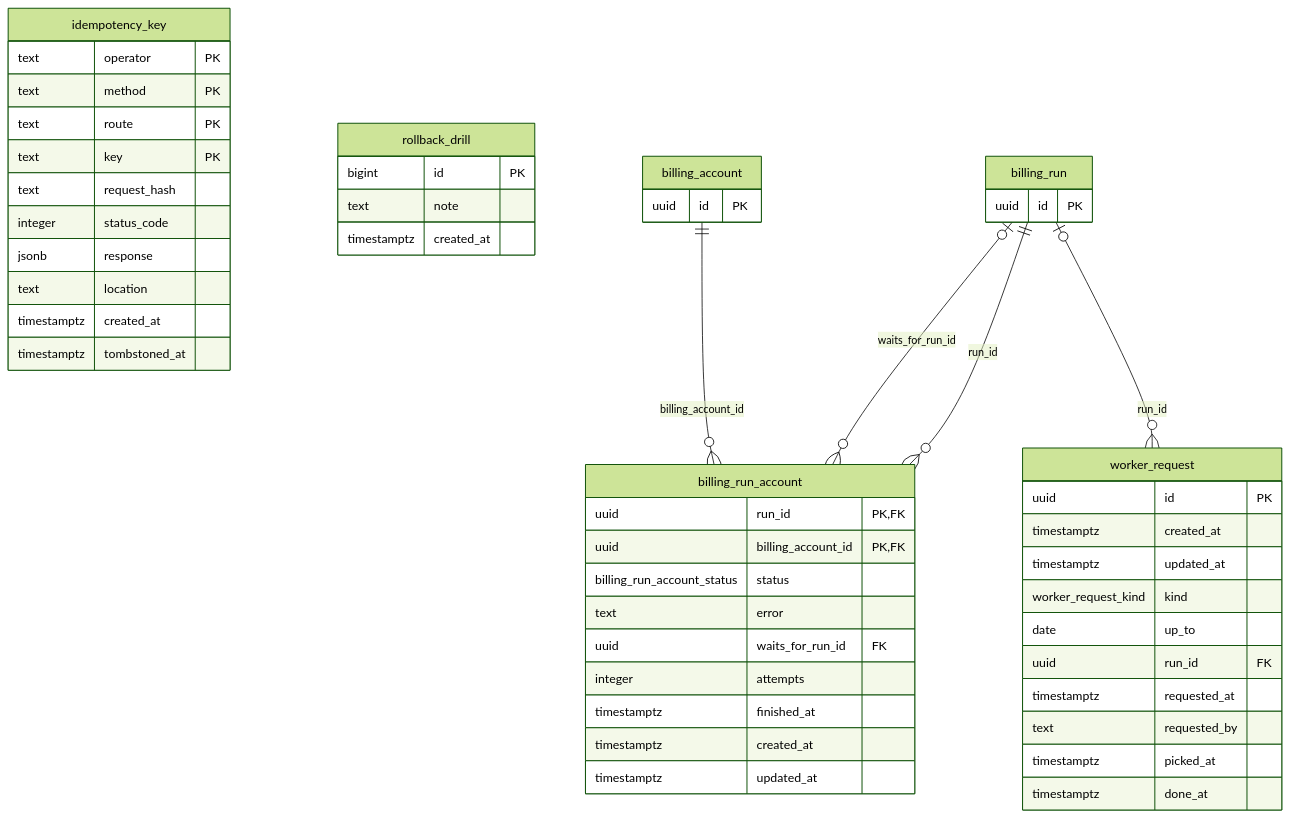
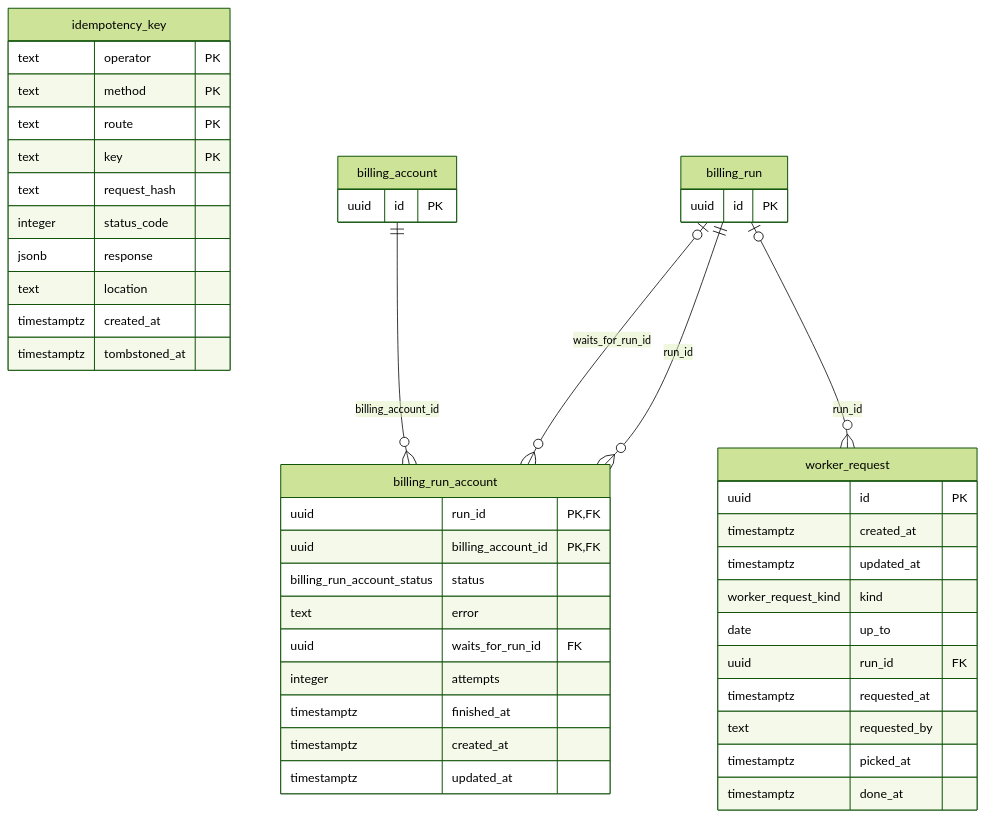
The seventh of 11 diagrams in docs/db/README.md (altharmz/bss), drawn with Mermaid (forest theme) before and after one commit. The commit also changed other lines of this file and 7 other files, not shown here.

First line of the commit message:
Drop the drill table rollback_drill after the live rollback drill passed (Fixes #259) (#262)

````diff
--- a/docs/db/README.md
+++ b/docs/db/README.md
@@ -1412,53 +1410,48 @@
 ```mermaid
 erDiagram
   billing_run_account {
     uuid run_id PK,FK
     uuid billing_account_id PK,FK
     billing_run_account_status status
     text error
     uuid waits_for_run_id FK
     integer attempts
     timestamptz finished_at
     timestamptz created_at
     timestamptz updated_at
   }
   worker_request {
     uuid id PK
     timestamptz created_at
     timestamptz updated_at
     worker_request_kind kind
     date up_to
     uuid run_id FK
     timestamptz requested_at
     text requested_by
     timestamptz picked_at
     timestamptz done_at
   }
   idempotency_key {
     text operator PK
     text method PK
     text route PK
     text key PK
     text request_hash
     integer status_code
     jsonb response
     text location
     timestamptz created_at
     timestamptz tombstoned_at
   }
-  rollback_drill {
-    bigint id PK
-    text note
-    timestamptz created_at
-  }
   billing_account {
     uuid id PK
   }
   billing_run {
     uuid id PK
   }
   billing_account ||--o{ billing_run_account : "billing_account_id"
   billing_run |o--o{ billing_run_account : "waits_for_run_id"
   billing_run |o--o{ worker_request : "run_id"
   billing_run ||--o{ billing_run_account : "run_id"
 ```
````
